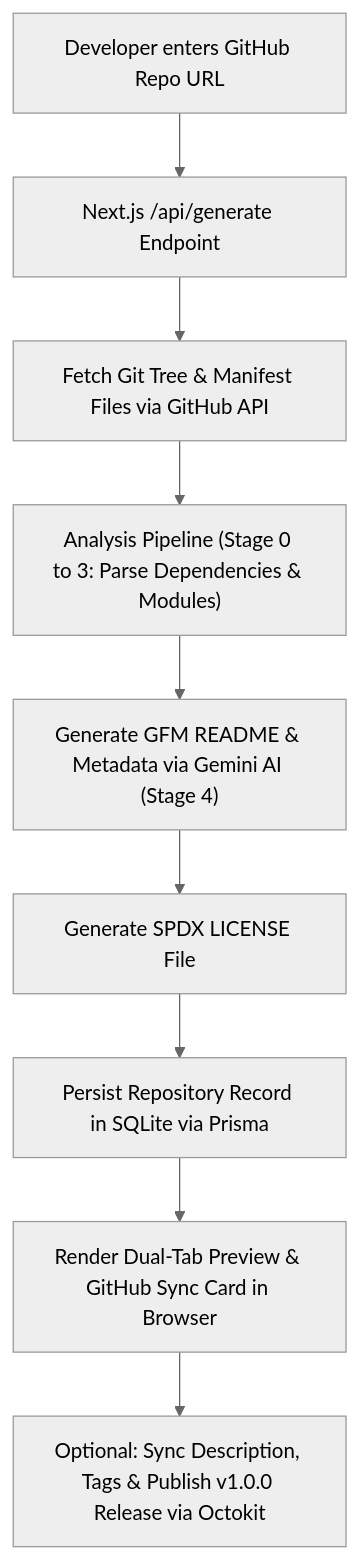
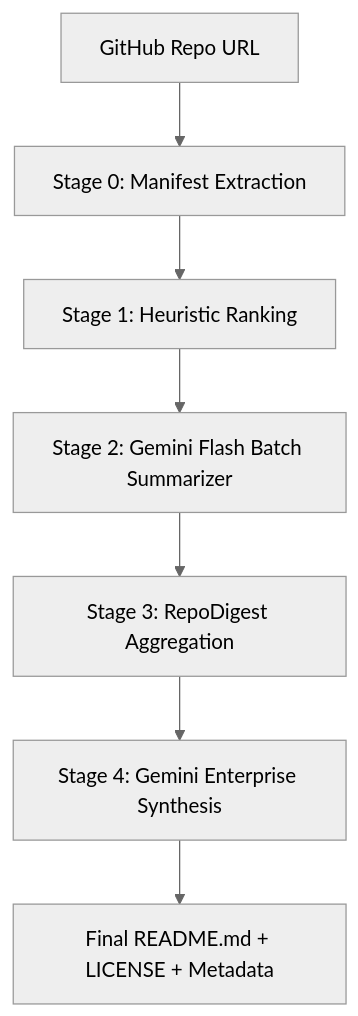
One commit to Bavly-Hamdy/ReadmeForge changed the second of 2 diagrams in README.md. Above: the diagram before and after it, drawn with Mermaid (neutral theme). The commit also changed other lines of this file, not shown here.

````diff
--- a/README.md
+++ b/README.md
@@ -73,11 +244,9 @@
 ```mermaid
 flowchart TD
-    A["Developer enters GitHub Repo URL"] --> B["Next.js /api/generate Endpoint"]
-    B --> C["Fetch Git Tree & Manifest Files via GitHub API"]
-    C --> D["Analysis Pipeline (Stage 0 to 3: Parse Dependencies & Modules)"]
-    D --> E["Generate GFM README & Metadata via Gemini AI (Stage 4)"]
-    E --> F["Generate SPDX LICENSE File"]
-    F --> G["Persist Repository Record in SQLite via Prisma"]
-    G --> H["Render Dual-Tab Preview & GitHub Sync Card in Browser"]
-    H --> I["Optional: Sync Description, Tags & Publish v1.0.0 Release via Octokit"]
+    A["GitHub Repo URL"] --> B["Stage 0: Manifest Extraction"]
+    B --> C["Stage 1: Heuristic Ranking"]
+    C --> D["Stage 2: Gemini Flash Batch Summarizer"]
+    D --> E["Stage 3: RepoDigest Aggregation"]
+    E --> F["Stage 4: Gemini Enterprise Synthesis"]
+    F --> G["Final README.md + LICENSE + Metadata"]
 ```
````
